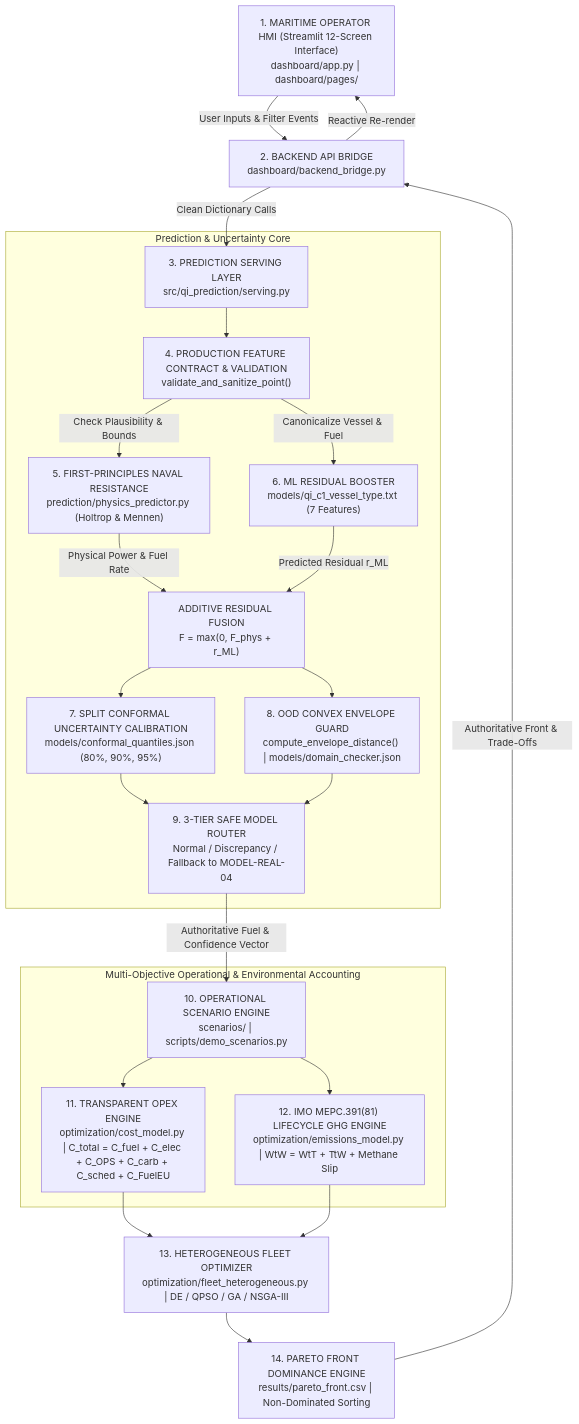
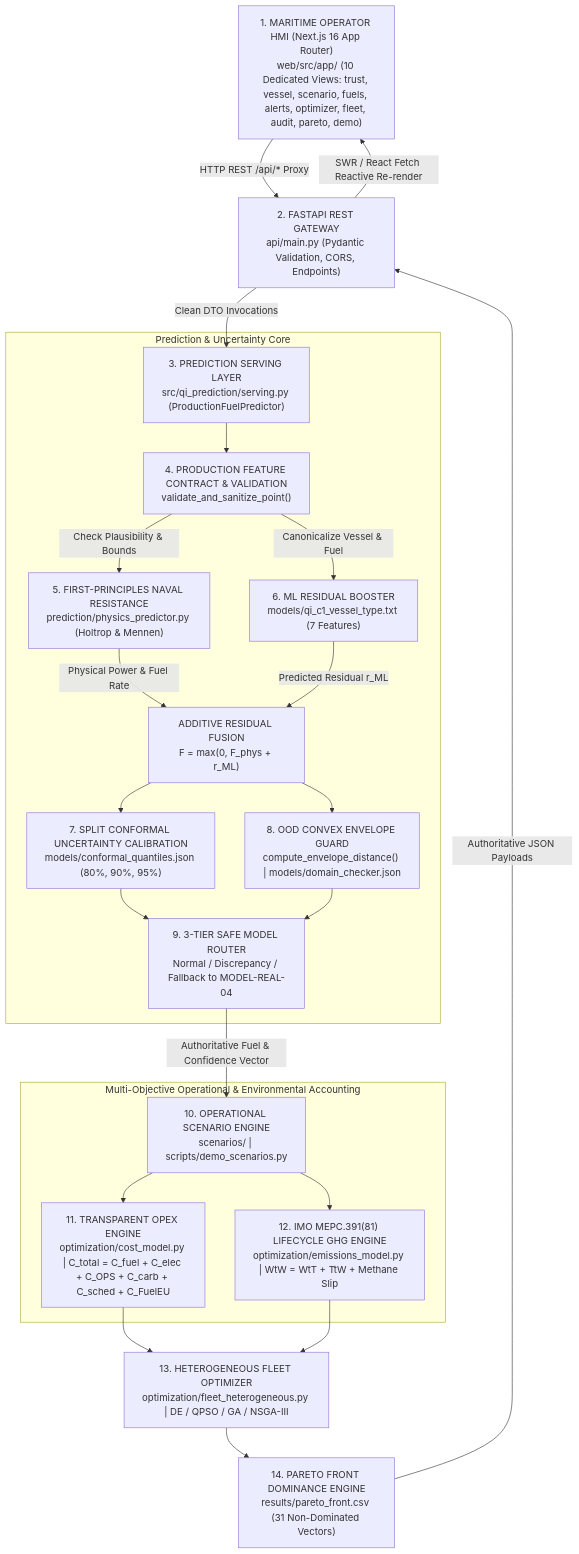
Before and after one commit to jagadeesh28-dev/sih-software: the diagram in reports/end_to_end_architecture.md, drawn with Mermaid. The commit also changed other lines of this file and 48 other files, not shown here.

````diff
--- a/reports/end_to_end_architecture.md
+++ b/reports/end_to_end_architecture.md
@@ -12,31 +13,31 @@
 ```mermaid
 graph TD
-    UI["1. MARITIME OPERATOR HMI (Streamlit 12-Screen Interface)<br/>dashboard/app.py | dashboard/pages/"] -->|User Inputs & Filter Events| BB["2. BACKEND API BRIDGE<br/>dashboard/backend_bridge.py"]
-    BB -->|Clean Dictionary Calls| SL["3. PREDICTION SERVING LAYER<br/>src/qi_prediction/serving.py"]
+    UI["1. MARITIME OPERATOR HMI (Next.js 16 App Router)<br/>web/src/app/ (10 Dedicated Views: trust, vessel, scenario, fuels, alerts, optimizer, fleet, audit, pareto, demo)"] -->|HTTP REST /api/* Proxy| API["2. FASTAPI REST GATEWAY<br/>api/main.py (Pydantic Validation, CORS, Endpoints)"]
+    API -->|Clean DTO Invocations| SL["3. PREDICTION SERVING LAYER<br/>src/qi_prediction/serving.py (ProductionFuelPredictor)"]
     
     subgraph PREDICTION_PIPELINE ["Prediction & Uncertainty Core"]
         SL --> FC["4. PRODUCTION FEATURE CONTRACT & VALIDATION<br/>validate_and_sanitize_point()"]
         FC -->|Check Plausibility & Bounds| PE["5. FIRST-PRINCIPLES NAVAL RESISTANCE<br/>prediction/physics_predictor.py (Holtrop & Mennen)"]
         FC -->|Canonicalize Vessel & Fuel| ML["6. ML RESIDUAL BOOSTER<br/>models/qi_c1_vessel_type.txt (7 Features)"]
         PE -->|Physical Power & Fuel Rate| ADD["ADDITIVE RESIDUAL FUSION<br/>F = max(0, F_phys + r_ML)"]
         ML -->|Predicted Residual r_ML| ADD
         ADD --> SC["7. SPLIT CONFORMAL UNCERTAINTY CALIBRATION<br/>models/conformal_quantiles.json (80%, 90%, 95%)"]
         ADD --> OOD["8. OOD CONVEX ENVELOPE GUARD<br/>compute_envelope_distance() | models/domain_checker.json"]
         SC --> ROUTE["9. 3-TIER SAFE MODEL ROUTER<br/>Normal / Discrepancy / Fallback to MODEL-REAL-04"]
         OOD --> ROUTE
     end
     
     ROUTE -->|Authoritative Fuel & Confidence Vector| SCE["10. OPERATIONAL SCENARIO ENGINE<br/>scenarios/ | scripts/demo_scenarios.py"]
     
     subgraph MULTI_OBJECTIVE_EVALUATION ["Multi-Objective Operational & Environmental Accounting"]
         SCE --> COST["11. TRANSPARENT OPEX ENGINE<br/>optimization/cost_model.py | C_total = C_fuel + C_elec + C_OPS + C_carb + C_sched + C_FuelEU"]
         SCE --> GHG["12. IMO MEPC.391(81) LIFECYCLE GHG ENGINE<br/>optimization/emissions_model.py | WtW = WtT + TtW + Methane Slip"]
     end
     
     COST --> OPT["13. HETEROGENEOUS FLEET OPTIMIZER<br/>optimization/fleet_heterogeneous.py | DE / QPSO / GA / NSGA-III"]
     GHG --> OPT
     
-    OPT --> PAR["14. PARETO FRONT DOMINANCE ENGINE<br/>results/pareto_front.csv | Non-Dominated Sorting"]
-    PAR -->|Authoritative Front & Trade-Offs| BB
-    BB -->|Reactive Re-render| UI
+    OPT --> PAR["14. PARETO FRONT DOMINANCE ENGINE<br/>results/pareto_front.csv (31 Non-Dominated Vectors)"]
+    PAR -->|Authoritative JSON Payloads| API
+    API -->|SWR / React Fetch Reactive Re-render| UI
 ```
````
